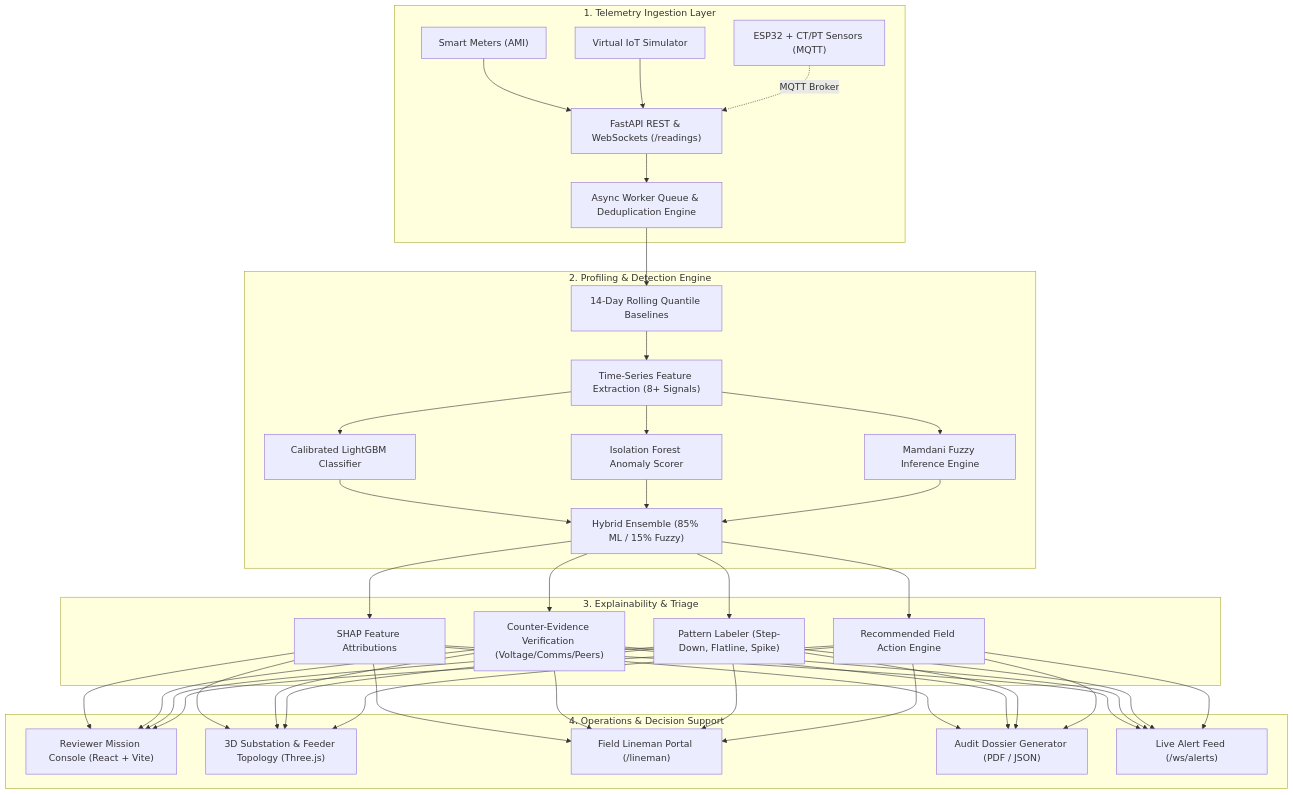
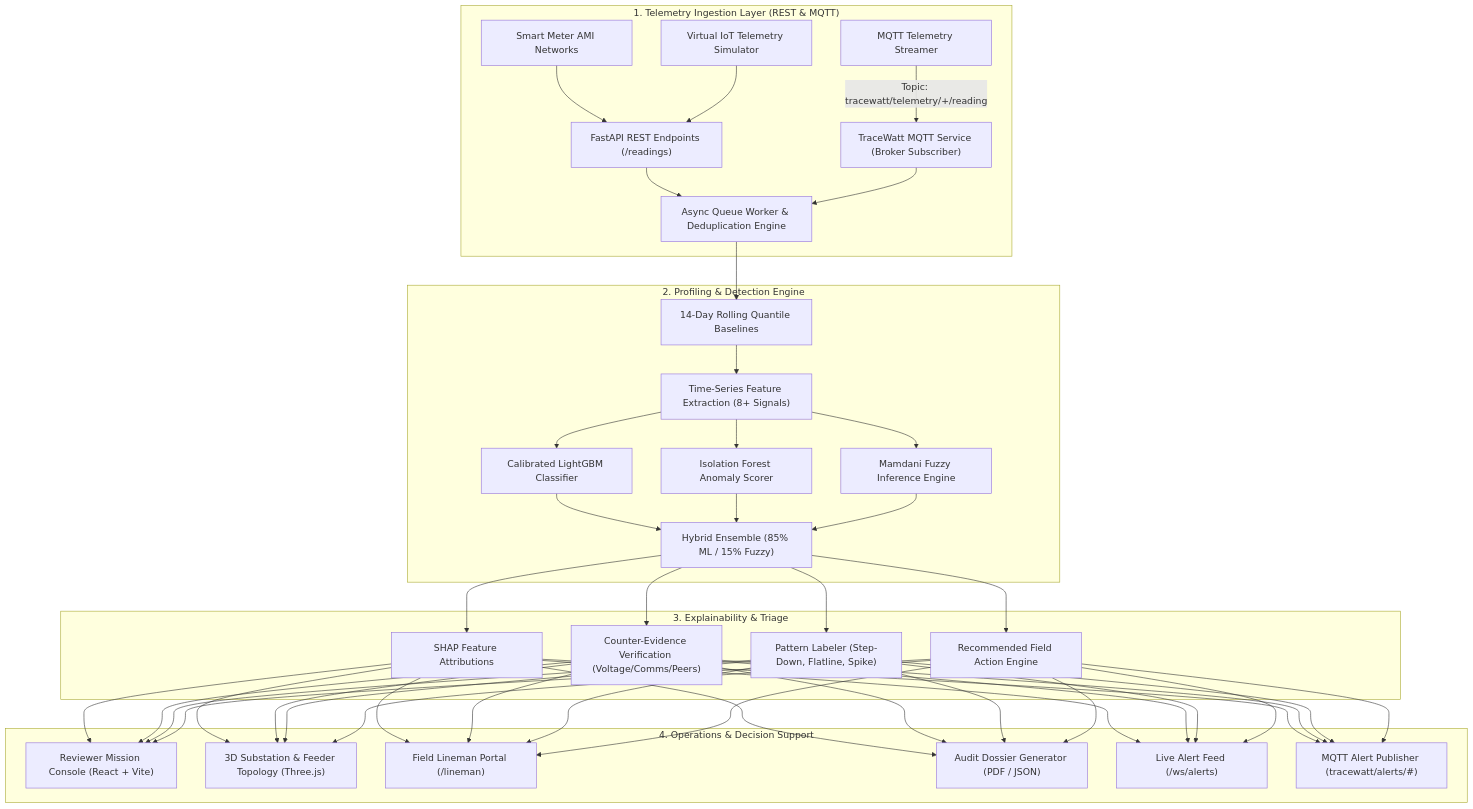
Before and after one commit to Puneethteja/TraceWatt: the diagram in README.md, drawn with Mermaid. The commit also changed other lines of this file and 5 other files, not shown here.

Commit message:
feat(mqtt): implement proper MQTT protocol ingestion & update README without hardware references

````diff
--- a/README.md
+++ b/README.md
@@ -44,46 +45,50 @@
 ```mermaid
 flowchart TD
-    subgraph Ingestion["1. Telemetry Ingestion Layer"]
-        AMI["Smart Meters (AMI)"]
-        SIM["Virtual IoT Simulator"]
-        ESP["ESP32 + CT/PT Sensors (MQTT)"]
-        API["FastAPI REST & WebSockets (/readings)"]
-        QUEUE["Async Worker Queue & Deduplication Engine"]
+    subgraph Ingestion["1. Telemetry Ingestion Layer (REST & MQTT)"]
+        AMI["Smart Meter AMI Networks"]
+        SIM["Virtual IoT Telemetry Simulator"]
+        MQTTPUB["MQTT Telemetry Streamer"]
+        API["FastAPI REST Endpoints (/readings)"]
+        MQTTSVC["TraceWatt MQTT Service (Broker Subscriber)"]
+        QUEUE["Async Queue Worker & Deduplication Engine"]
+        
         AMI --> API
         SIM --> API
-        ESP -.->|MQTT Broker| API
+        MQTTPUB -->|Topic: tracewatt/telemetry/+/reading| MQTTSVC
         API --> QUEUE
+        MQTTSVC --> QUEUE
     end
 
     subgraph Engine["2. Profiling & Detection Engine"]
         BASE["14-Day Rolling Quantile Baselines"]
         FEAT["Time-Series Feature Extraction (8+ Signals)"]
         LGBM["Calibrated LightGBM Classifier"]
         IFOR["Isolation Forest Anomaly Scorer"]
         FUZZY["Mamdani Fuzzy Inference Engine"]
         BLEND["Hybrid Ensemble (85% ML / 15% Fuzzy)"]
         
         QUEUE --> BASE --> FEAT
         FEAT --> LGBM & IFOR
         FEAT --> FUZZY
         LGBM & IFOR & FUZZY --> BLEND
     end
 
     subgraph Attribution["3. Explainability & Triage"]
         SHAP["SHAP Feature Attributions"]
         CE["Counter-Evidence Verification (Voltage/Comms/Peers)"]
         PATT["Pattern Labeler (Step-Down, Flatline, Spike)"]
         ACT["Recommended Field Action Engine"]
         BLEND --> SHAP & CE & PATT & ACT
     end
 
     subgraph Presentation["4. Operations & Decision Support"]
         DASH["Reviewer Mission Console (React + Vite)"]
         THREE["3D Substation & Feeder Topology (Three.js)"]
         LINE["Field Lineman Portal (/lineman)"]
         PDF["Audit Dossier Generator (PDF / JSON)"]
         WS["Live Alert Feed (/ws/alerts)"]
+        MQTTALERT["MQTT Alert Publisher (tracewatt/alerts/#)"]
 
-        SHAP & CE & PATT & ACT --> DASH & THREE & LINE & PDF & WS
+        SHAP & CE & PATT & ACT --> DASH & THREE & LINE & PDF & WS & MQTTALERT
     end
 ```
````
